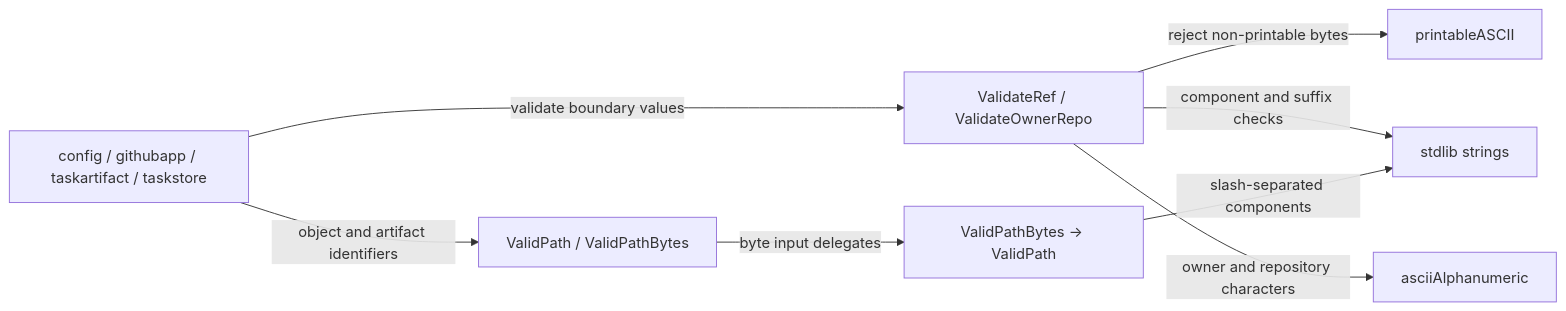
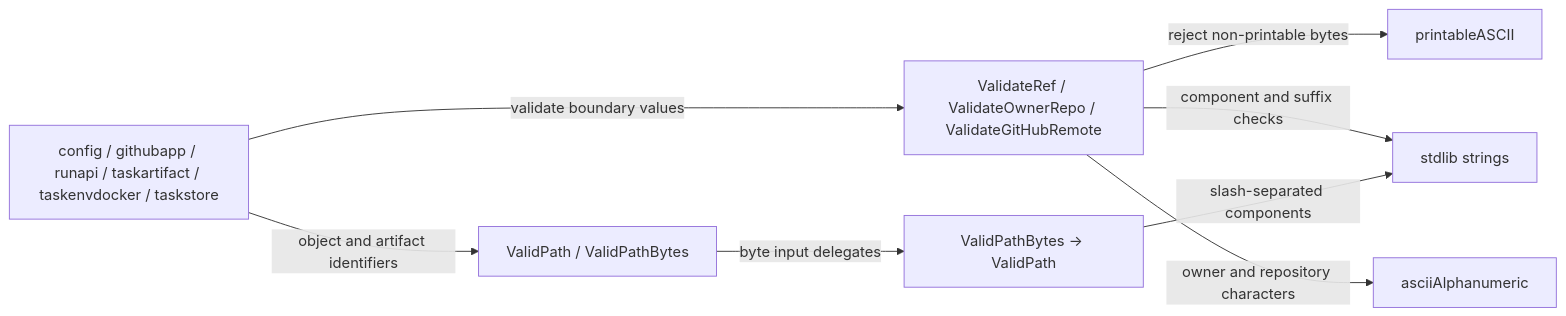
The diagram in internal/gitref/README.md (nebler/fern), drawn with Mermaid before and after one commit. The commit also changed other lines of this file and 5 other files, not shown here.

First line of the commit message:
refactor(gitref): unify canonical GitHub remote validation

````diff
--- a/internal/gitref/README.md
+++ b/internal/gitref/README.md
@@ -15,10 +16,10 @@
 ```mermaid
 flowchart LR
-  callers["config / githubapp / taskartifact / taskstore"] -->|"validate boundary values"| refs["ValidateRef / ValidateOwnerRepo"]
+  callers["config / githubapp / runapi / taskartifact / taskenvdocker / taskstore"] -->|"validate boundary values"| refs["ValidateRef / ValidateOwnerRepo / ValidateGitHubRemote"]
   callers -->|"object and artifact identifiers"| values["ValidPath / ValidPathBytes"]
   refs -->|"reject non-printable bytes"| ascii["printableASCII"]
   refs -->|"component and suffix checks"| str["stdlib strings"]
   refs -->|"owner and repository characters"| alpha["asciiAlphanumeric"]
   values -->|"byte input delegates"| path["ValidPathBytes -> ValidPath"]
   path -->|"slash-separated components"| str
 ```
````
